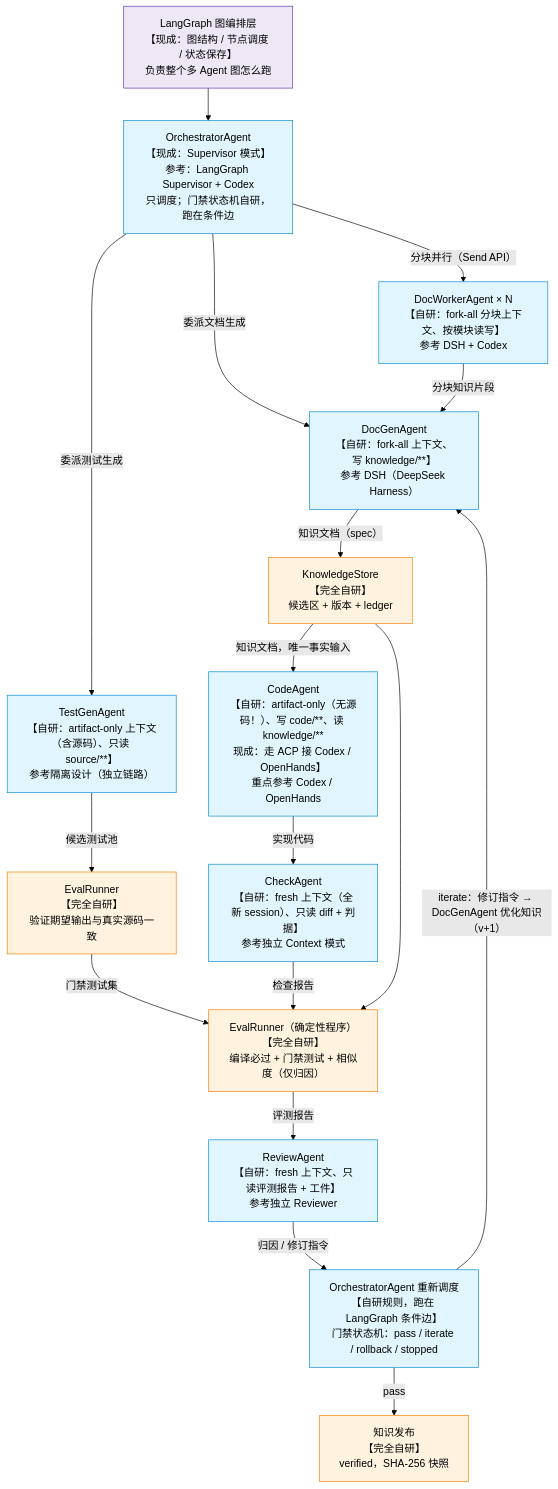
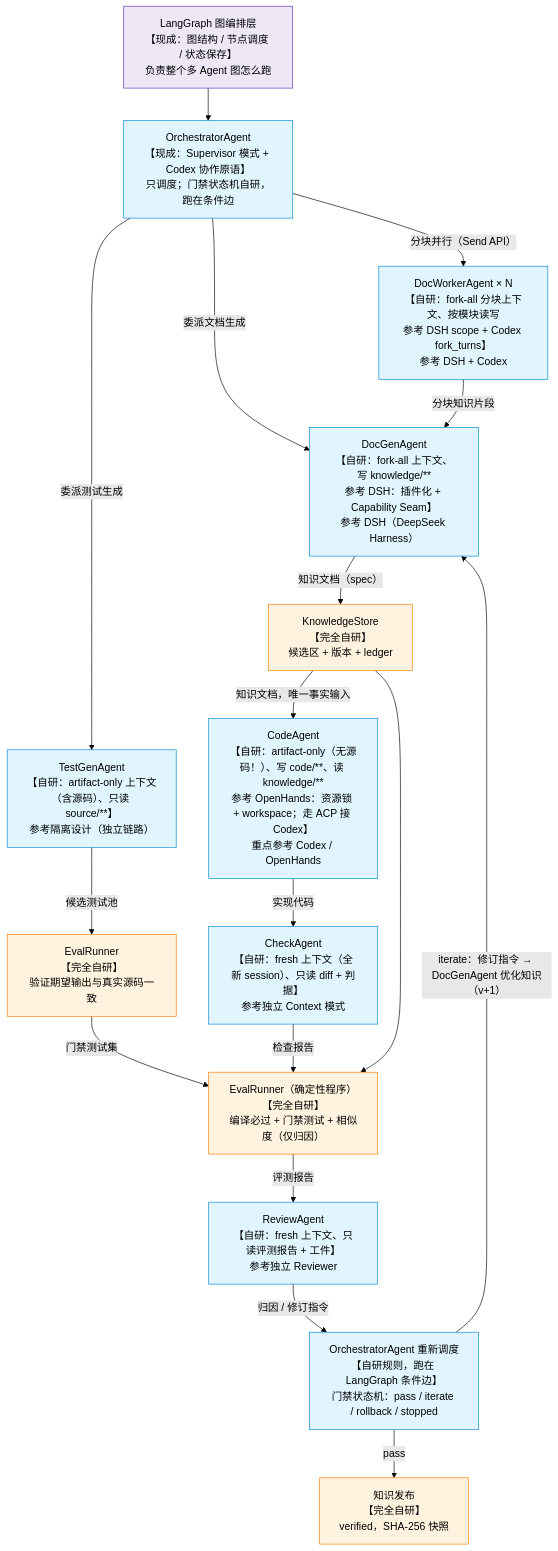
The first of 2 diagrams in knowledge/2.wiki/多agent选型/03-Agent-Platform架构设计.md (linlisWorkTeam/wpKnowledge), drawn with Mermaid (forest theme) before and after one commit. The commit also changed other lines of this file, not shown here.

````diff
--- a/knowledge/2.wiki/多agent选型/03-Agent-Platform架构设计.md
+++ b/knowledge/2.wiki/多agent选型/03-Agent-Platform架构设计.md
@@ -13,32 +13,32 @@
 ```mermaid
 flowchart TD
     LG["LangGraph 图编排层<br/>【现成：图结构 / 节点调度 / 状态保存】<br/>负责整个多 Agent 图怎么跑"]
 
-    LG --> O["OrchestratorAgent<br/>【现成：Supervisor 模式】<br/>参考：LangGraph Supervisor + Codex<br/>只调度；门禁状态机自研，跑在条件边"]
+    LG --> O["OrchestratorAgent<br/>【现成：Supervisor 模式 + Codex 协作原语】<br/>只调度；门禁状态机自研，跑在条件边"]
 
-    O -->|委派文档生成| D1["DocGenAgent<br/>【自研：fork-all 上下文、写 knowledge/**】<br/>参考 DSH（DeepSeek Harness）"]
+    O -->|委派文档生成| D1["DocGenAgent<br/>【自研：fork-all 上下文、写 knowledge/**<br/>参考 DSH：插件化 + Capability Seam】<br/>参考 DSH（DeepSeek Harness）"]
     O -->|委派测试生成| D2["TestGenAgent<br/>【自研：artifact-only 上下文（含源码）、只读 source/**】<br/>参考隔离设计（独立链路）"]
-    O -->|分块并行（Send API）| DW["DocWorkerAgent × N<br/>【自研：fork-all 分块上下文、按模块读写】<br/>参考 DSH + Codex"]
+    O -->|分块并行（Send API）| DW["DocWorkerAgent × N<br/>【自研：fork-all 分块上下文、按模块读写<br/>参考 DSH scope + Codex fork_turns】<br/>参考 DSH + Codex"]
 
     DW -->|分块知识片段| D1
     D1 -->|知识文档（spec）| KS["KnowledgeStore<br/>【完全自研】<br/>候选区 + 版本 + ledger"]
     D2 -->|候选测试池| EV0["EvalRunner<br/>【完全自研】<br/>验证期望输出与真实源码一致"]
 
-    KS -->|知识文档，唯一事实输入| CA["CodeAgent<br/>【自研：artifact-only（无源码！）、写 code/**、读 knowledge/**<br/>现成：走 ACP 接 Codex / OpenHands】<br/>重点参考 Codex / OpenHands"]
+    KS -->|知识文档，唯一事实输入| CA["CodeAgent<br/>【自研：artifact-only（无源码！）、写 code/**、读 knowledge/**<br/>参考 OpenHands：资源锁 + workspace；走 ACP 接 Codex】<br/>重点参考 Codex / OpenHands"]
     EV0 -->|门禁测试集| EV["EvalRunner（确定性程序）<br/>【完全自研】<br/>编译必过 + 门禁测试 + 相似度（仅归因）"]
     CA -->|实现代码| CK["CheckAgent<br/>【自研：fresh 上下文（全新 session）、只读 diff + 判据】<br/>参考独立 Context 模式"]
     CK -->|检查报告| EV
     KS --> EV
 
     EV -->|评测报告| RV["ReviewAgent<br/>【自研：fresh 上下文、只读评测报告 + 工件】<br/>参考独立 Reviewer"]
     RV -->|归因 / 修订指令| O2["OrchestratorAgent 重新调度<br/>【自研规则，跑在 LangGraph 条件边】<br/>门禁状态机：pass / iterate / rollback / stopped"]
     O2 -->|iterate：修订指令 → DocGenAgent 优化知识（v+1）| D1
     O2 -->|pass| PUB["知识发布<br/>【完全自研】<br/>verified，SHA-256 快照"]
 
     classDef lg fill:#ede7f6,stroke:#5e35b1;
     classDef agent fill:#e1f5fe,stroke:#0288d1;
     classDef infra fill:#fff3e0,stroke:#f57c00;
     class LG lg;
     class O,O2,D1,D2,DW,CA,CK,RV agent;
     class KS,EV0,EV,PUB infra;
 ```
````
